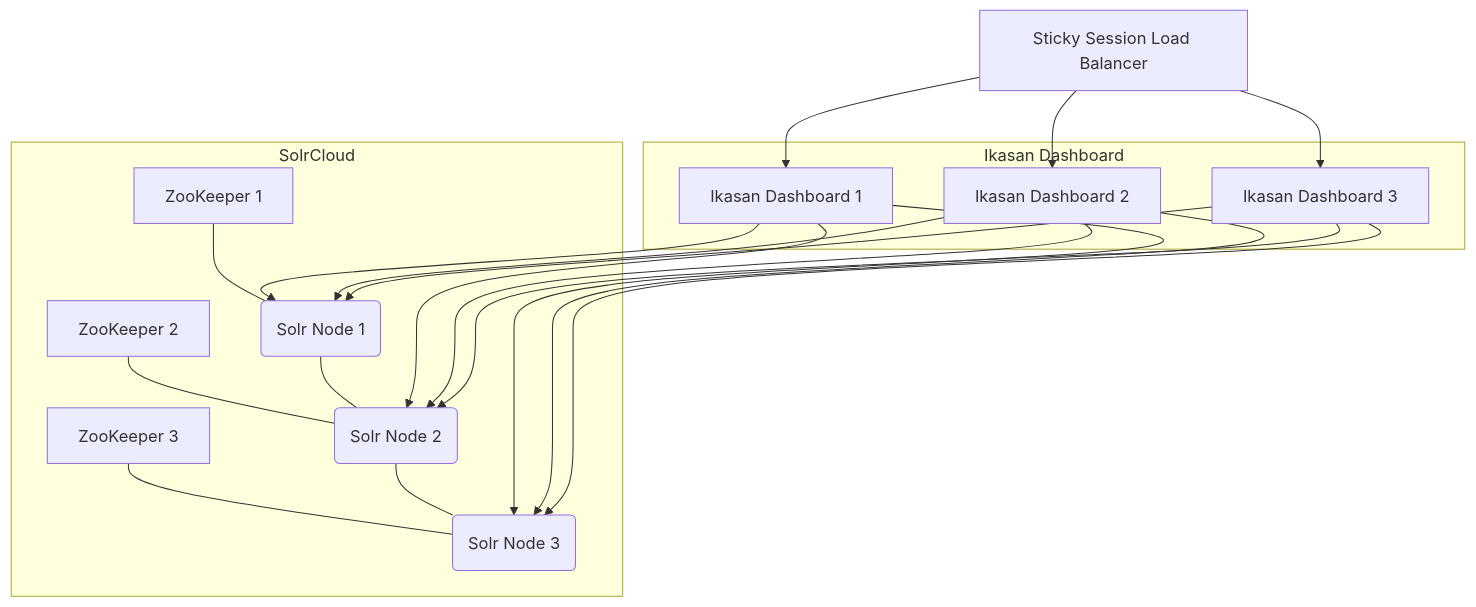
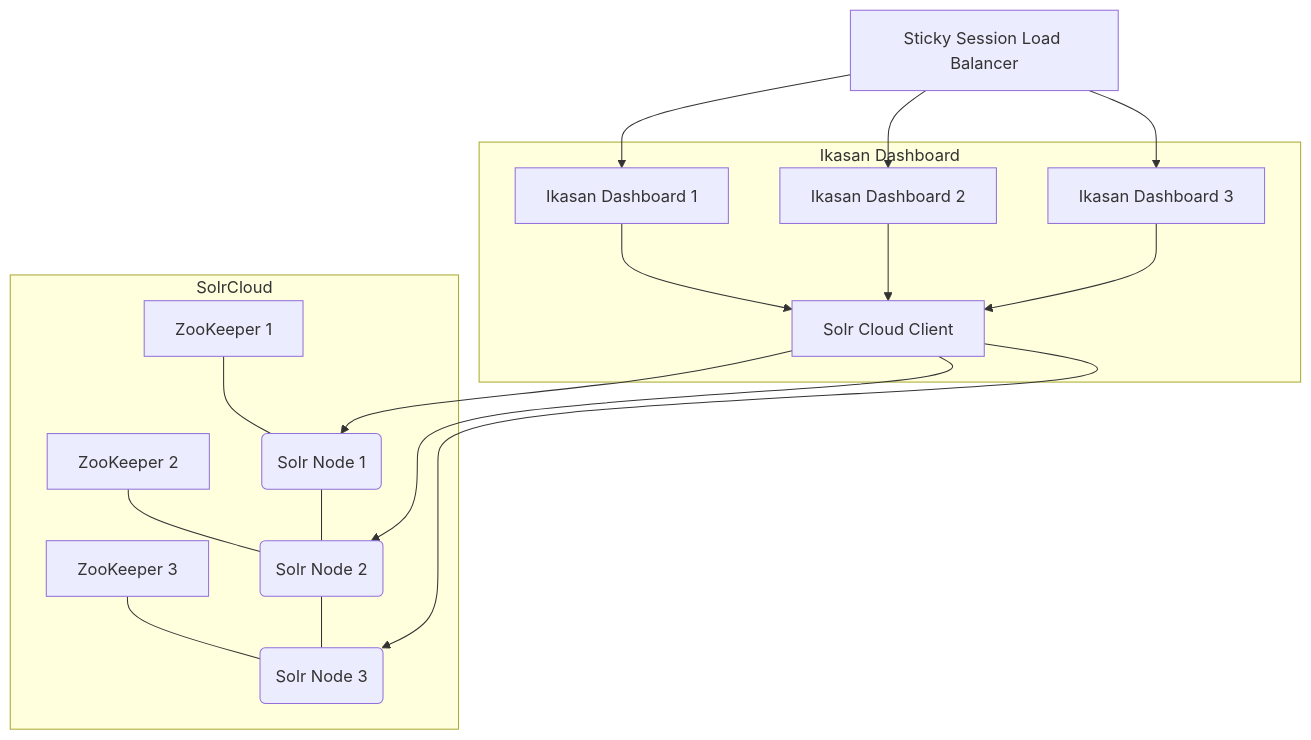
One commit to ikasanEIP/ikasan changed the first of 2 diagrams in ikasaneip/developer/docs/roadmap/Readme.md. Above: the diagram before and after it, drawn with Mermaid.

Commit message:
IKASAN-2597 adding SOLR cloud client

````diff
--- a/ikasaneip/developer/docs/roadmap/Readme.md
+++ b/ikasaneip/developer/docs/roadmap/Readme.md
@@ -196,25 +196,22 @@
     ```mermaid
     graph TD
         subgraph SolrCloud
             Z1[ZooKeeper 1] --- S1(Solr Node 1)
             Z2[ZooKeeper 2] --- S2(Solr Node 2)
             Z3[ZooKeeper 3] --- S3(Solr Node 3)
             S1 --- S2
             S2 --- S3
         end
         subgraph Ikasan Dashboard
-            ID1[Ikasan Dashboard 1] --> S1
-            ID1 --> S2
-            ID1 --> S3
-            ID2[Ikasan Dashboard 2] --> S1
-            ID2 --> S2
-            ID2 --> S3
-            ID3[Ikasan Dashboard 3] --> S1
-            ID3 --> S2
-            ID3 --> S3
+            SC1[Solr Cloud Client] --> S1
+            SC1 --> S2
+            SC1 --> S3 
+            ID1[Ikasan Dashboard 1] --> SC1
+            ID2[Ikasan Dashboard 2] --> SC1
+            ID3[Ikasan Dashboard 3] --> SC1
         end
         LB[Sticky Session Load Balancer]
         LB --> ID1
         LB --> ID2
         LB --> ID3
     ```
````
